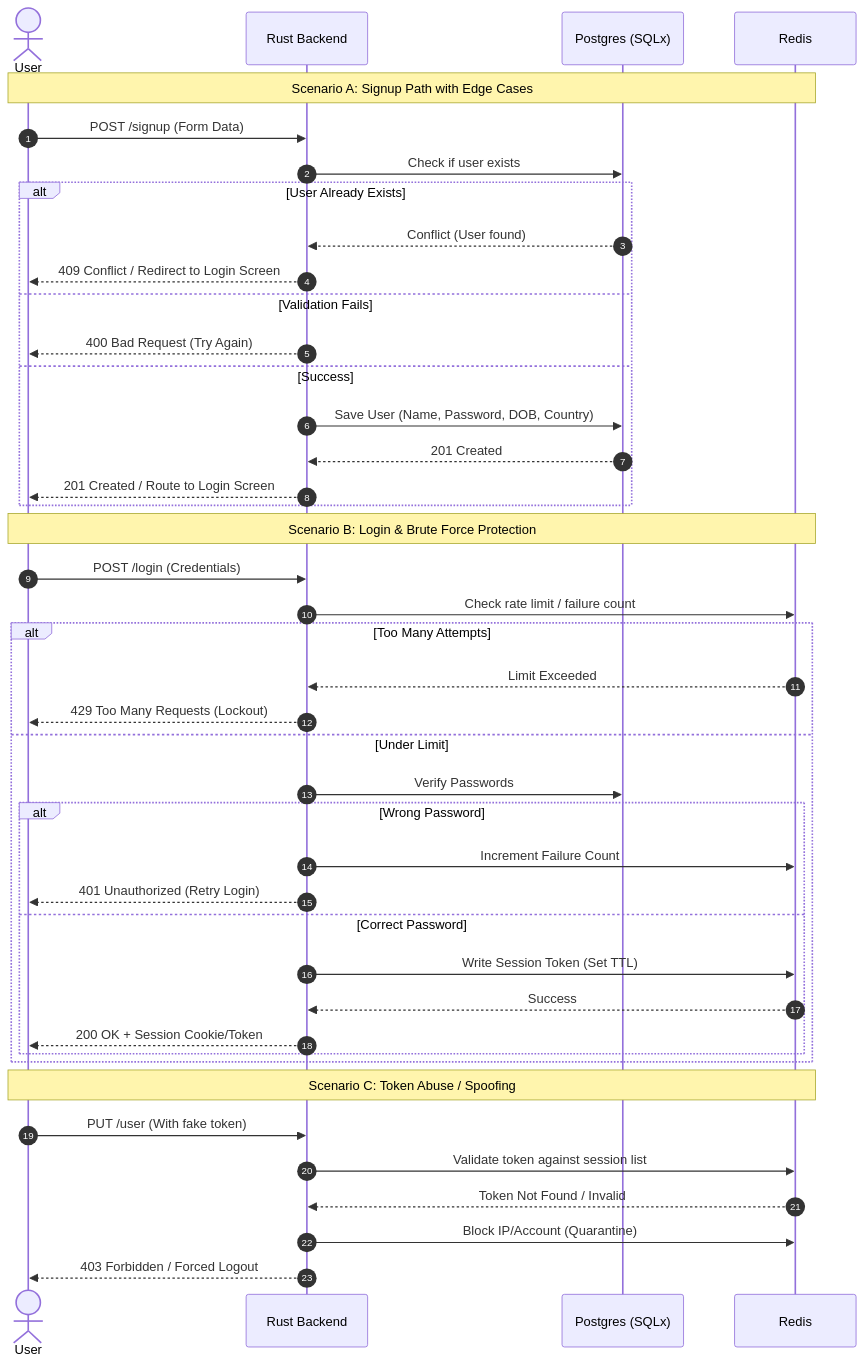
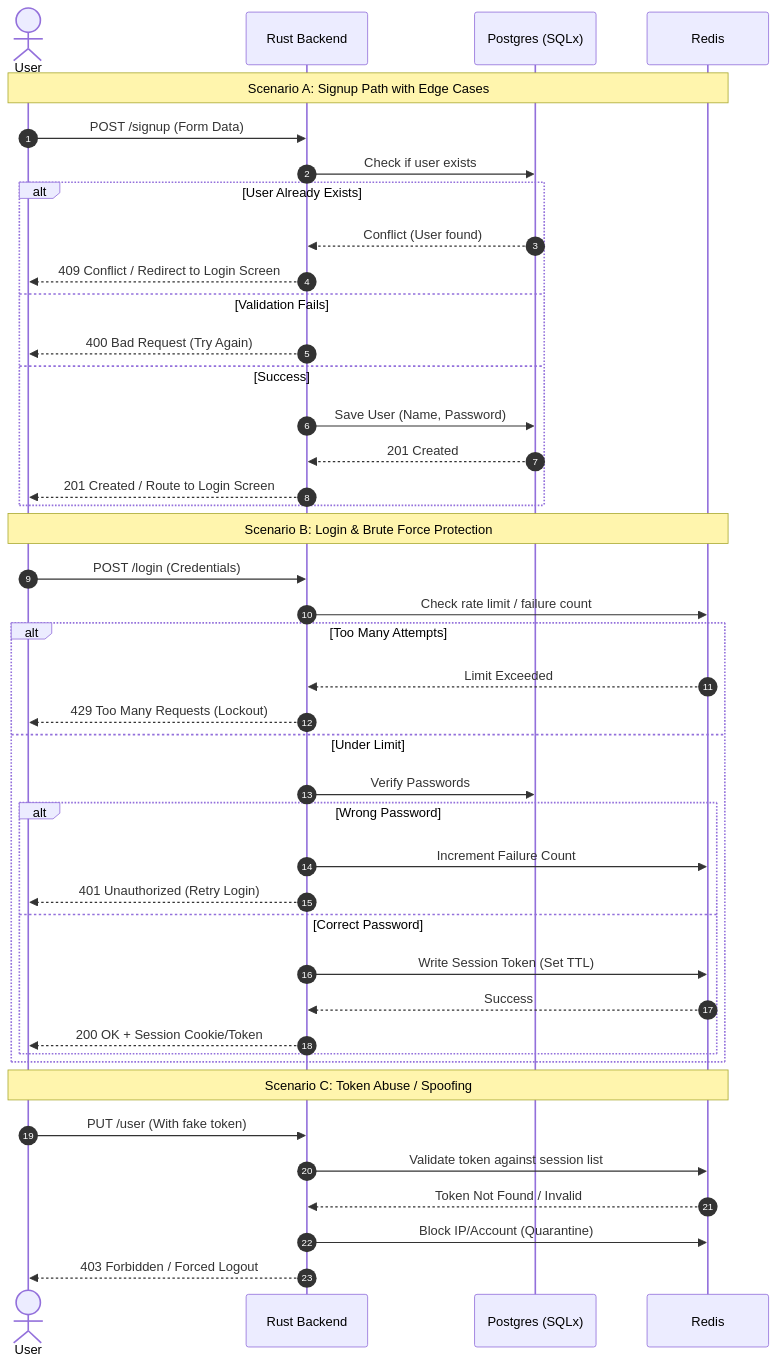
Before and after one commit to Brian-Magomere-Igadwa/authpractice: the diagram in README.md, drawn with Mermaid.

Commit message:
docs(Readme): Update the sequence diagram to include the more recently agreed upon user fields that the system will use.

````diff
--- a/README.md
+++ b/README.md
@@ -23,48 +23,48 @@
 ```mermaid
 sequenceDiagram
     autonumber
     actor User
     participant API as Rust Backend
     participant PG as Postgres (SQLx)
     participant RD as Redis
 
     Note over User, RD: Scenario A: Signup Path with Edge Cases
     User->>API: POST /signup (Form Data)
     API->>PG: Check if user exists
     alt User Already Exists
         PG-->>API: Conflict (User found)
         API-->>User: 409 Conflict / Redirect to Login Screen
     else Validation Fails
         API-->>User: 400 Bad Request (Try Again)
     else Success
-        API->>PG: Save User (Name, Password, DOB, Country)
+        API->>PG: Save User (Name, Password)
         PG-->>API: 201 Created
         API-->>User: 201 Created / Route to Login Screen
     end
 
     Note over User, RD: Scenario B: Login & Brute Force Protection
     User->>API: POST /login (Credentials)
     API->>RD: Check rate limit / failure count
     alt Too Many Attempts
         RD-->>API: Limit Exceeded
         API-->>User: 429 Too Many Requests (Lockout)
     else Under Limit
         API->>PG: Verify Passwords
         alt Wrong Password
             API->>RD: Increment Failure Count
             API-->>User: 401 Unauthorized (Retry Login)
         else Correct Password
             API->>RD: Write Session Token (Set TTL)
             RD-->>API: Success
             API-->>User: 200 OK + Session Cookie/Token
         end
     end
 
     Note over User, RD: Scenario C: Token Abuse / Spoofing
     User->>API: PUT /user (With fake token)
     API->>RD: Validate token against session list
     RD-->>API: Token Not Found / Invalid
     API->>RD: Block IP/Account (Quarantine)
     API-->>User: 403 Forbidden / Forced Logout
 
 ```
````
